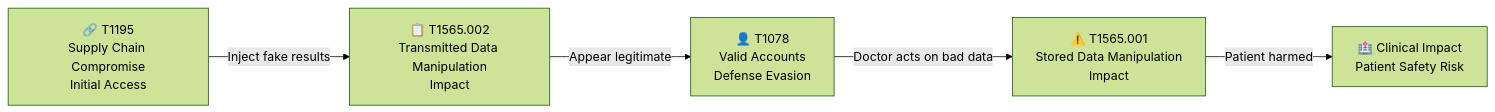
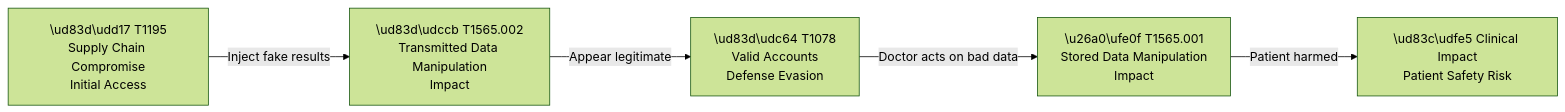
Before and after one commit to AurelienKumarathas/Complete-threat-model-for-healthcare-application: the fifth of 5 diagrams in reports/analyses/mitre-mapping.md, drawn with Mermaid (forest theme). The commit also changed other lines of this file, not shown here.

````diff
--- a/reports/analyses/mitre-mapping.md
+++ b/reports/analyses/mitre-mapping.md
@@ -178,7 +188,7 @@
 ```mermaid
 flowchart LR
-    A["🔗 T1195\nSupply Chain Compromise\nInitial Access"] -->|Inject fake results| B["📋 T1565.002\nTransmitted Data Manipulation\nImpact"]
-    B -->|Appear legitimate| C["👤 T1078\nValid Accounts\nDefense Evasion"]
-    C -->|Doctor acts on bad data| D["⚠️ T1565.001\nStored Data Manipulation\nImpact"]
-    D -->|Patient harmed| E["🏥 Clinical Impact\nPatient Safety Risk"]
+    A["\ud83d\udd17 T1195\nSupply Chain Compromise\nInitial Access"] -->|Inject fake results| B["\ud83d\udccb T1565.002\nTransmitted Data Manipulation\nImpact"]
+    B -->|Appear legitimate| C["\ud83d\udc64 T1078\nValid Accounts\nDefense Evasion"]
+    C -->|Doctor acts on bad data| D["\u26a0\ufe0f T1565.001\nStored Data Manipulation\nImpact"]
+    D -->|Patient harmed| E["\ud83c\udfe5 Clinical Impact\nPatient Safety Risk"]
 ```
````
